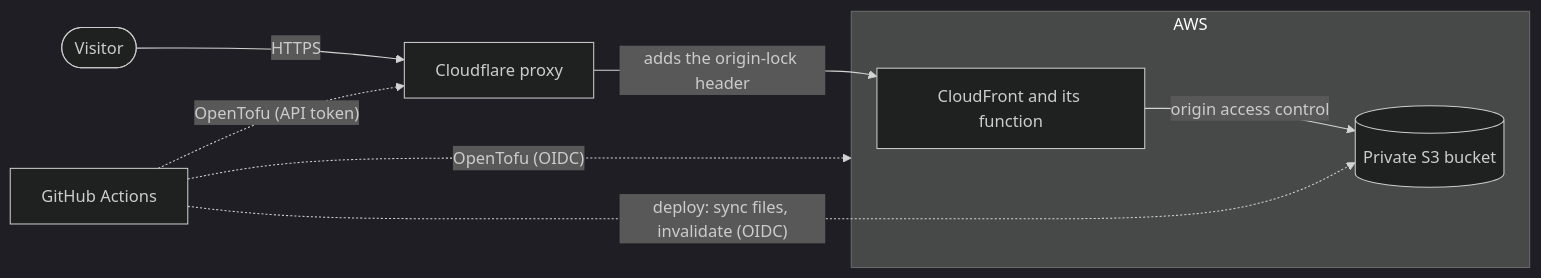
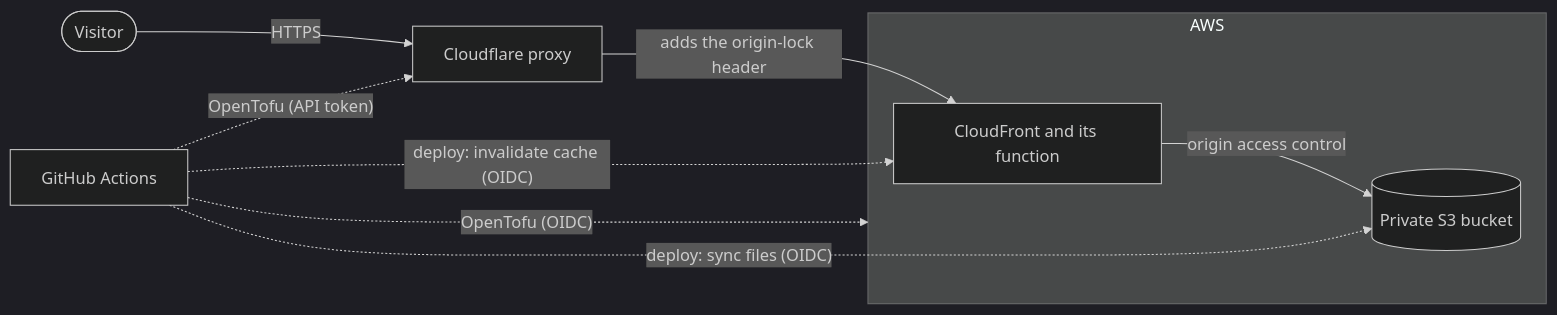
The diagram in README.md (sebastian-suarez/portfolio), drawn with Mermaid (dark theme) before and after one commit.

Commit message:
docs: point the README's invalidation arrow at CloudFront

````diff
--- a/README.md
+++ b/README.md
@@ -7,11 +7,12 @@
 ```mermaid
 flowchart LR
   visitor([Visitor]) -->|HTTPS| cloudflare[Cloudflare proxy]
   subgraph aws [AWS]
     cloudfront[CloudFront and its function] -->|origin access control| s3[(Private S3 bucket)]
   end
   cloudflare -->|adds the origin-lock header| cloudfront
-  actions[GitHub Actions] -.->|"deploy: sync files, invalidate (OIDC)"| s3
+  actions[GitHub Actions] -.->|"deploy: sync files (OIDC)"| s3
+  actions -.->|"deploy: invalidate cache (OIDC)"| cloudfront
   actions -.->|"OpenTofu (OIDC)"| aws
   actions -.->|"OpenTofu (API token)"| cloudflare
 ```
````
